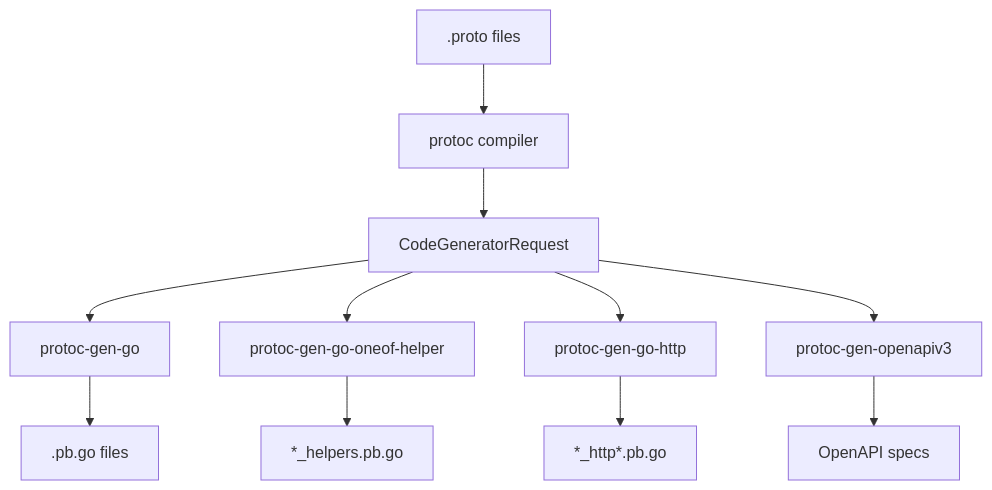
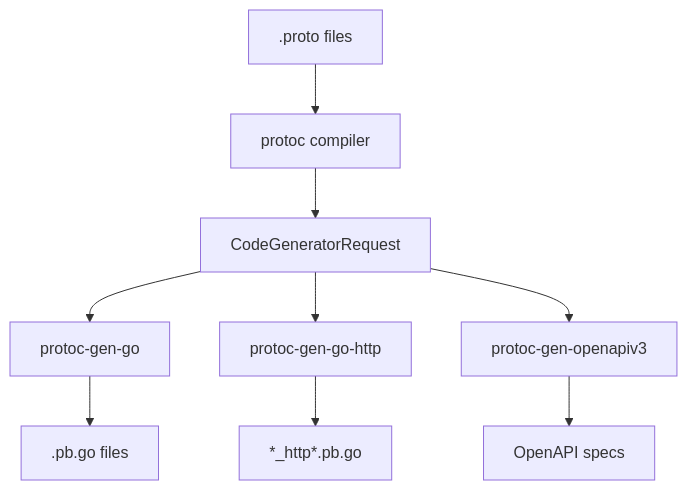
Before and after one commit to SebastienMelki/sebuf: the diagram in docs/architecture.md, drawn with Mermaid. The commit also changed other lines of this file, not shown here.

First line of the commit message:
docs(architecture): update system diagrams and component descriptions

````diff
--- a/docs/architecture.md
+++ b/docs/architecture.md
@@ -83,14 +82,12 @@
 ```mermaid
 graph TD
     A[.proto files] --> B[protoc compiler]
     B --> C[CodeGeneratorRequest]
     C --> D[protoc-gen-go]
-    C --> E[protoc-gen-go-oneof-helper]
     C --> F[protoc-gen-go-http]
     C --> G[protoc-gen-openapiv3]
     
     D --> H[.pb.go files]
-    E --> I[*_helpers.pb.go]
     F --> J[*_http*.pb.go]
     G --> K[OpenAPI specs]
 ```
````
